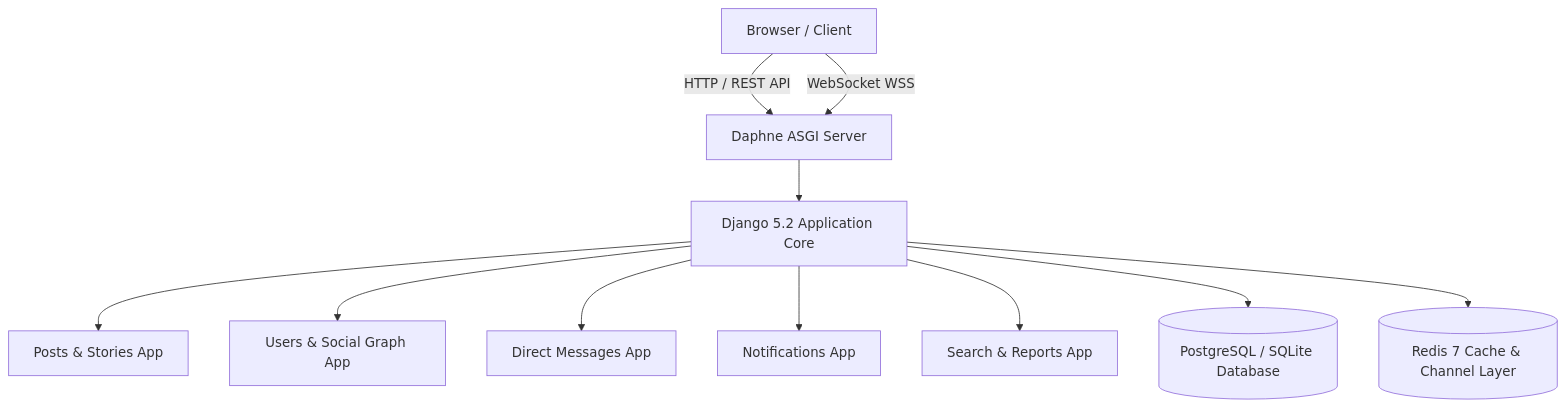
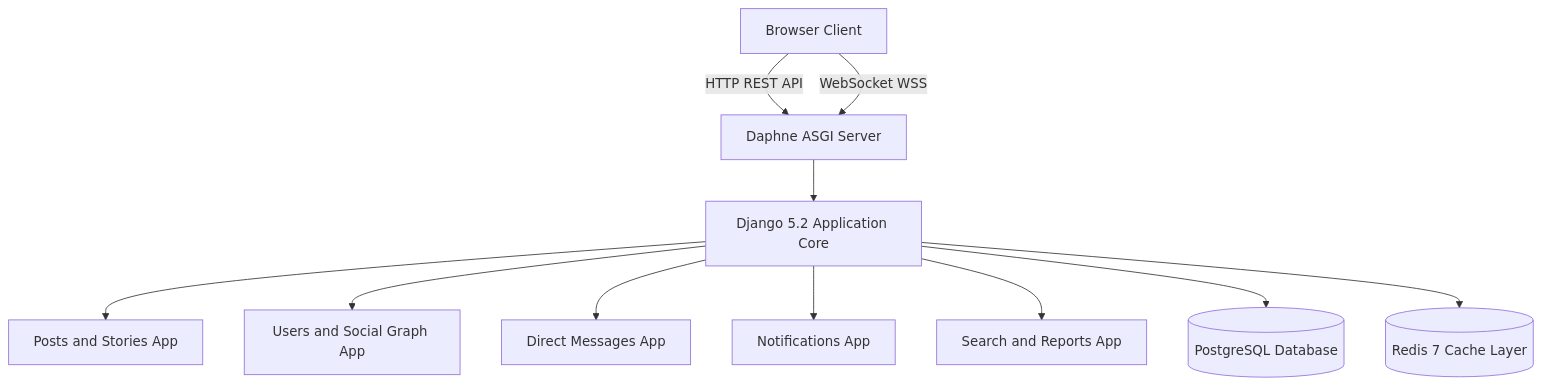
The first of 2 diagrams in README.md (A0x0k/socialmedia-app), drawn with Mermaid before and after one commit. The commit also changed other lines of this file, not shown here.

Commit message:
fix(docs): clean parentheses and special chars from Mermaid diagrams for GitHub parser

````diff
--- a/README.md
+++ b/README.md
@@ -195,13 +195,13 @@
 ```mermaid
 graph TD
-    Client["Browser / Client"] -->|HTTP / REST API| Daphne["Daphne ASGI Server"]
+    Client["Browser Client"] -->|HTTP REST API| Daphne["Daphne ASGI Server"]
     Client -->|WebSocket WSS| Daphne
     Daphne --> Django["Django 5.2 Application Core"]
-    Django --> Posts["Posts & Stories App"]
-    Django --> Users["Users & Social Graph App"]
+    Django --> Posts["Posts and Stories App"]
+    Django --> Users["Users and Social Graph App"]
     Django --> Chat["Direct Messages App"]
     Django --> Notif["Notifications App"]
-    Django --> Search["Search & Reports App"]
-    Django --> DB[("PostgreSQL / SQLite Database")]
-    Django --> Redis[("Redis 7 Cache & Channel Layer")]
+    Django --> Search["Search and Reports App"]
+    Django --> DB[("PostgreSQL Database")]
+    Django --> Redis[("Redis 7 Cache Layer")]
 ```
````
